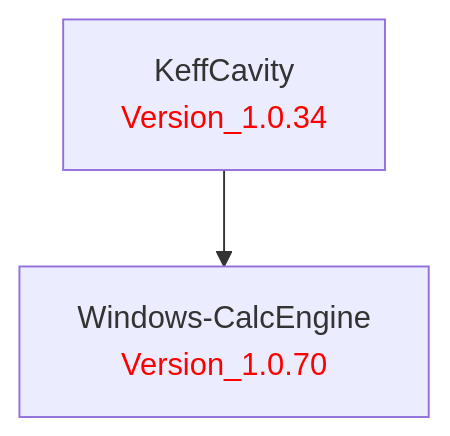
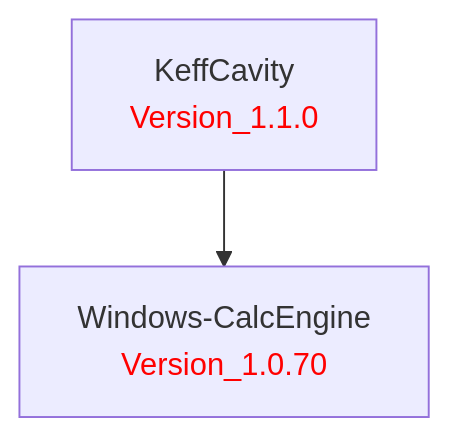
Before and after one commit to LBNL-ETA/KeffCavity: the diagram in doc/KeffCavity.md, drawn with Mermaid. The commit also changed 1 other file, not shown here.

Commit message:
Bump to 1.1.0; RadiationCalculation enum rename + Nusselt fix

````diff
--- a/doc/KeffCavity.md
+++ b/doc/KeffCavity.md
@@ -1,9 +1,9 @@
 ```mermaid
 graph TD
     %% Package definitions
-    KeffCavity[KeffCavity<br/><font color='red'>Version_1.0.34</font>]
+    KeffCavity[KeffCavity<br/><font color='red'>Version_1.1.0</font>]
     WindowsCalcEngine[Windows-CalcEngine<br/><font color='red'>Version_1.0.70</font>]
 
     %% Package relations
     KeffCavity --> WindowsCalcEngine
 ```
````
